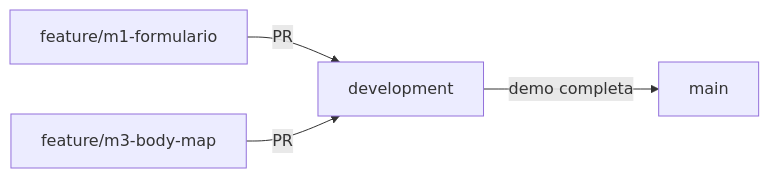
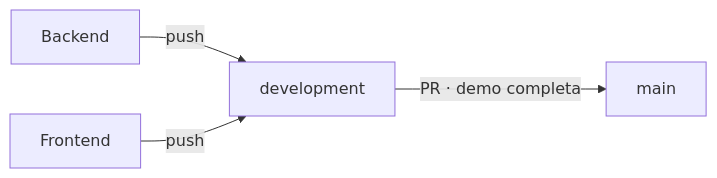
One commit to HACKATHON-NASA/ARTEMIS-III changed the diagram in documentacion/arquitectura/06-flujo-de-git.md. Above: the diagram before and after it, drawn with Mermaid. The commit also changed other lines of this file and 27 other files, not shown here.

````diff
--- a/documentacion/arquitectura/06-flujo-de-git.md
+++ b/documentacion/arquitectura/06-flujo-de-git.md
@@ -17,6 +16,6 @@
 ```mermaid
 flowchart LR
-    F1["feature/m1-formulario"] -- PR --> D["development"]
-    F2["feature/m3-body-map"] -- PR --> D
-    D -- "demo completa" --> M["main"]
+    A["Backend"] -- push --> D["development"]
+    B["Frontend"] -- push --> D
+    D -- "PR · demo completa" --> M["main"]
 ```
````
